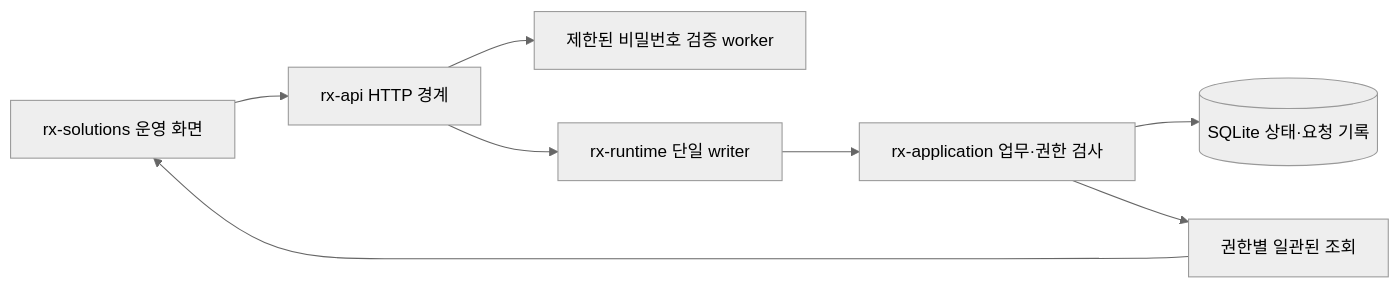
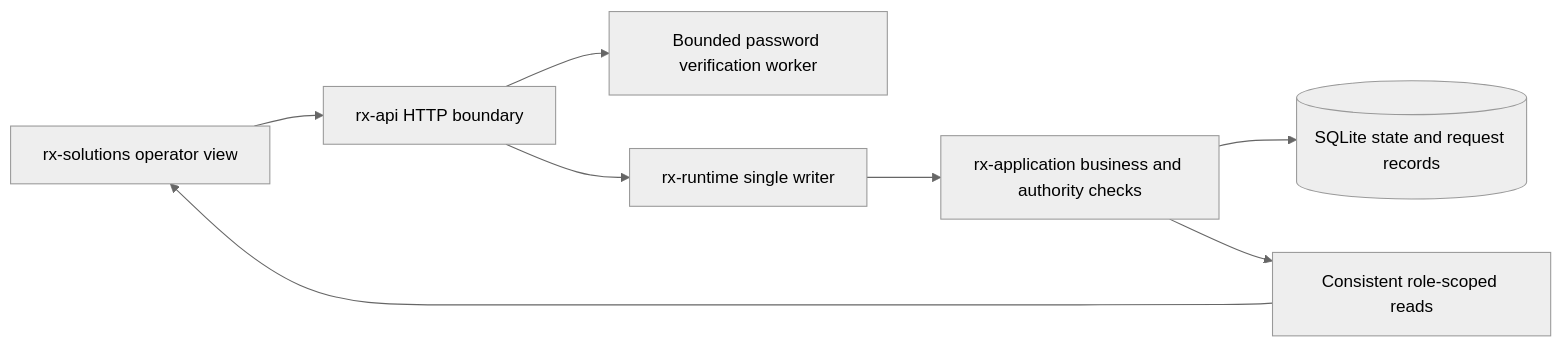
The diagram in crates/rx-api/README.md (jack0682/rx-platform), drawn with Mermaid (neutral theme) before and after one commit. The commit also changed other lines of this file and 103 other files, not shown here.

````diff
--- a/crates/rx-api/README.md
+++ b/crates/rx-api/README.md
@@ -9,10 +9,10 @@
 ```mermaid
 flowchart LR
-  UI[rx-solutions 운영 화면] --> HTTP[rx-api HTTP 경계]
-  HTTP --> PW[제한된 비밀번호 검증 worker]
-  HTTP --> W[rx-runtime 단일 writer]
-  W --> APP[rx-application 업무·권한 검사]
-  APP --> DB[(SQLite 상태·요청 기록)]
-  APP --> VIEW[권한별 일관된 조회]
+  UI[rx-solutions operator view] --> HTTP[rx-api HTTP boundary]
+  HTTP --> PW[Bounded password verification worker]
+  HTTP --> W[rx-runtime single writer]
+  W --> APP[rx-application business and authority checks]
+  APP --> DB[(SQLite state and request records)]
+  APP --> VIEW[Consistent role-scoped reads]
   VIEW --> UI
 ```
````
